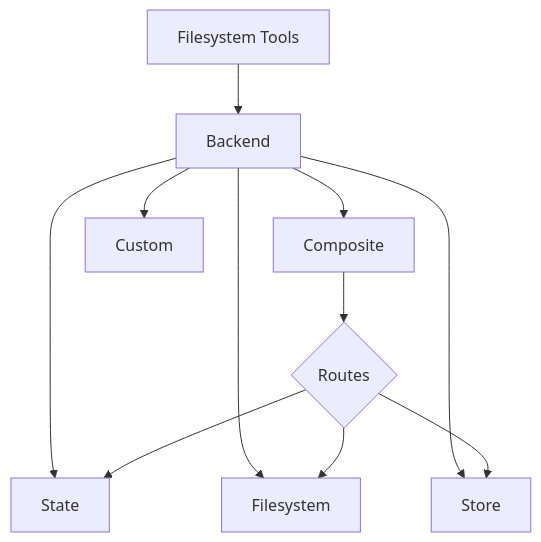
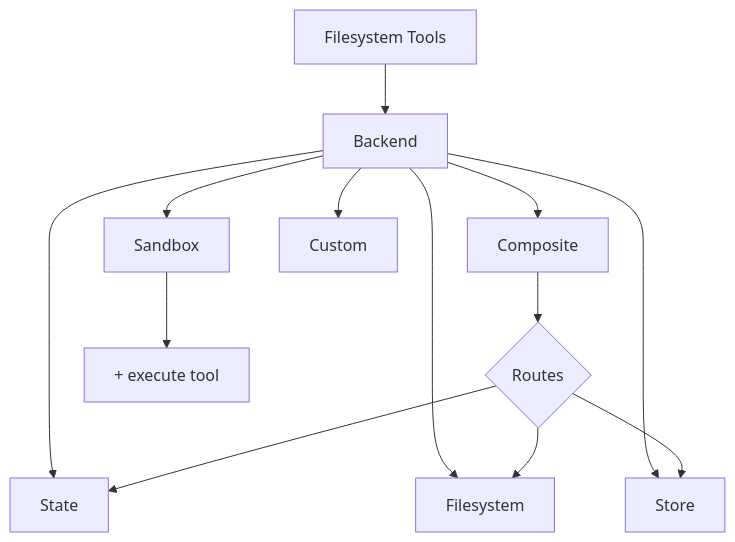
One commit to afirstenberg/langchain-docs changed the diagram in src/oss/deepagents/backends.mdx. Above: the diagram before and after it, drawn with Mermaid. The commit also changed other lines of this file and 11 other files, not shown here.

Commit message:
feat(oss/deepagents): add sandbox backend documentation (#2511)

````diff
--- a/src/oss/deepagents/backends.mdx
+++ b/src/oss/deepagents/backends.mdx
@@ -13,15 +13,18 @@
 ```mermaid
 graph TB
     Tools[Filesystem Tools] --> Backend[Backend]
 
     Backend --> State[State]
     Backend --> Disk[Filesystem]
     Backend --> Store[Store]
+    Backend --> Sandbox[Sandbox]
     Backend --> Composite[Composite]
     Backend --> Custom[Custom]
 
     Composite --> Router{Routes}
     Router --> State
     Router --> Disk
     Router --> Store
+
+    Sandbox --> Execute[+ execute tool]
 ```
````
